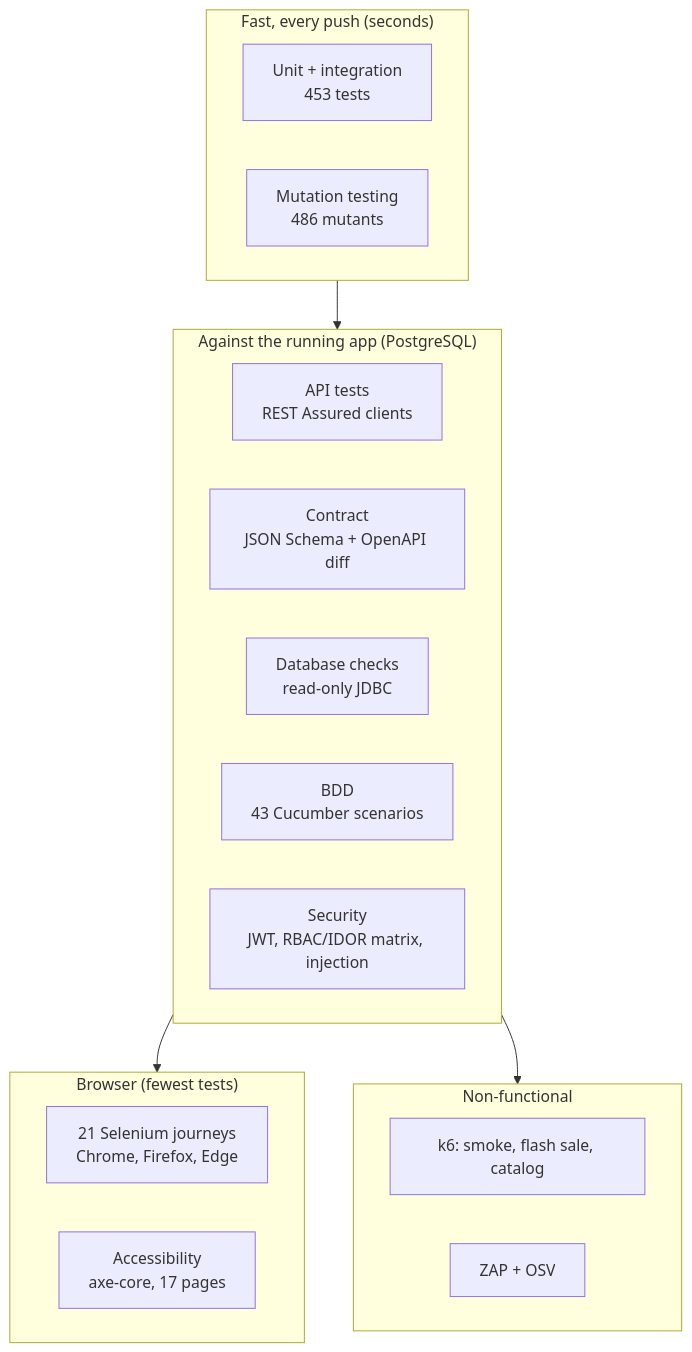
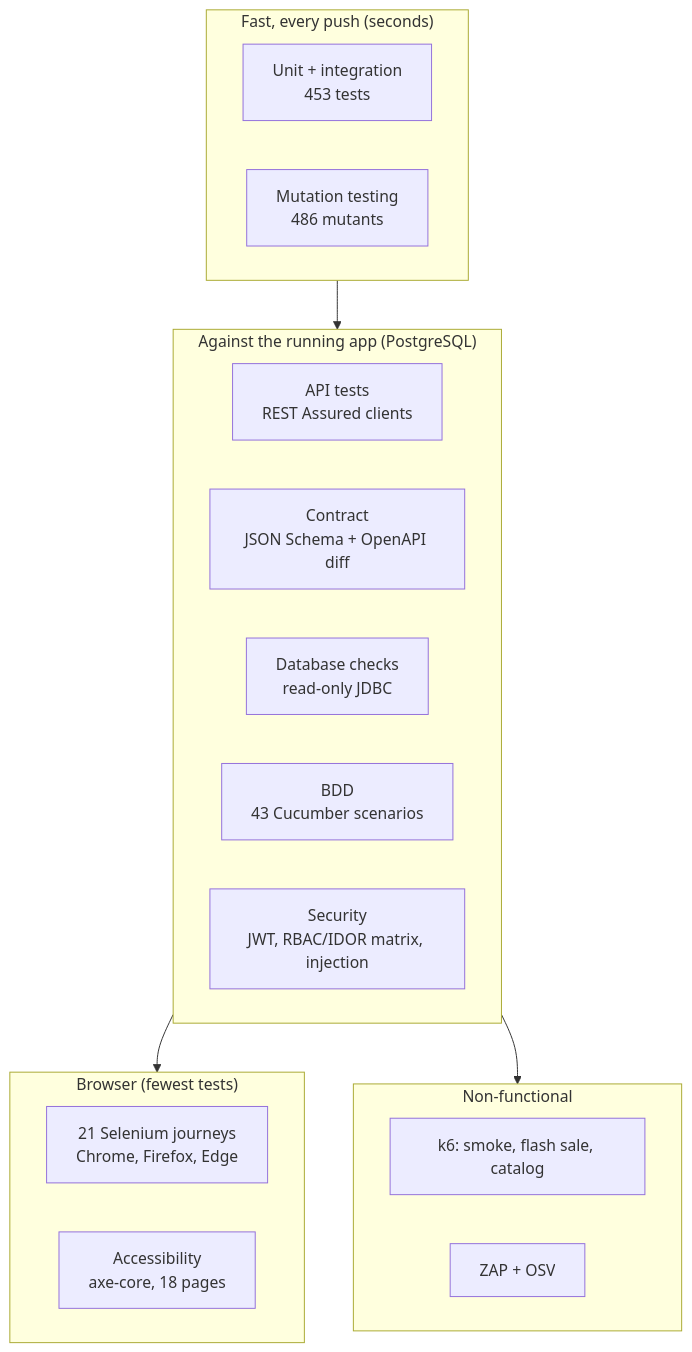
Before and after one commit to rbchy/RbcTcsWorld: the first of 2 diagrams in README.md, drawn with Mermaid. The commit also changed other lines of this file, not shown here.

First line of the commit message:
README: audit trail and new numbers (1075 tests, 98.3 % lines, 93.2 % mutation, 18 pages, 94 requirements)

````diff
--- a/README.md
+++ b/README.md
@@ -77,24 +78,24 @@
 ```mermaid
 flowchart TB
   subgraph fast["Fast, every push (seconds)"]
     U["Unit + integration<br/>453 tests"]
     M["Mutation testing<br/>486 mutants"]
   end
   subgraph service["Against the running app (PostgreSQL)"]
     A["API tests<br/>REST Assured clients"]
     C["Contract<br/>JSON Schema + OpenAPI diff"]
     D["Database checks<br/>read-only JDBC"]
     B["BDD<br/>43 Cucumber scenarios"]
     S["Security<br/>JWT, RBAC/IDOR matrix, injection"]
   end
   subgraph ui["Browser (fewest tests)"]
     W["21 Selenium journeys<br/>Chrome, Firefox, Edge"]
-    X["Accessibility<br/>axe-core, 17 pages"]
+    X["Accessibility<br/>axe-core, 18 pages"]
   end
   subgraph nonfunc["Non-functional"]
     K["k6: smoke, flash sale, catalog"]
     Z["ZAP + OSV"]
   end
   fast --> service --> ui
   service --> nonfunc
 ```
````
